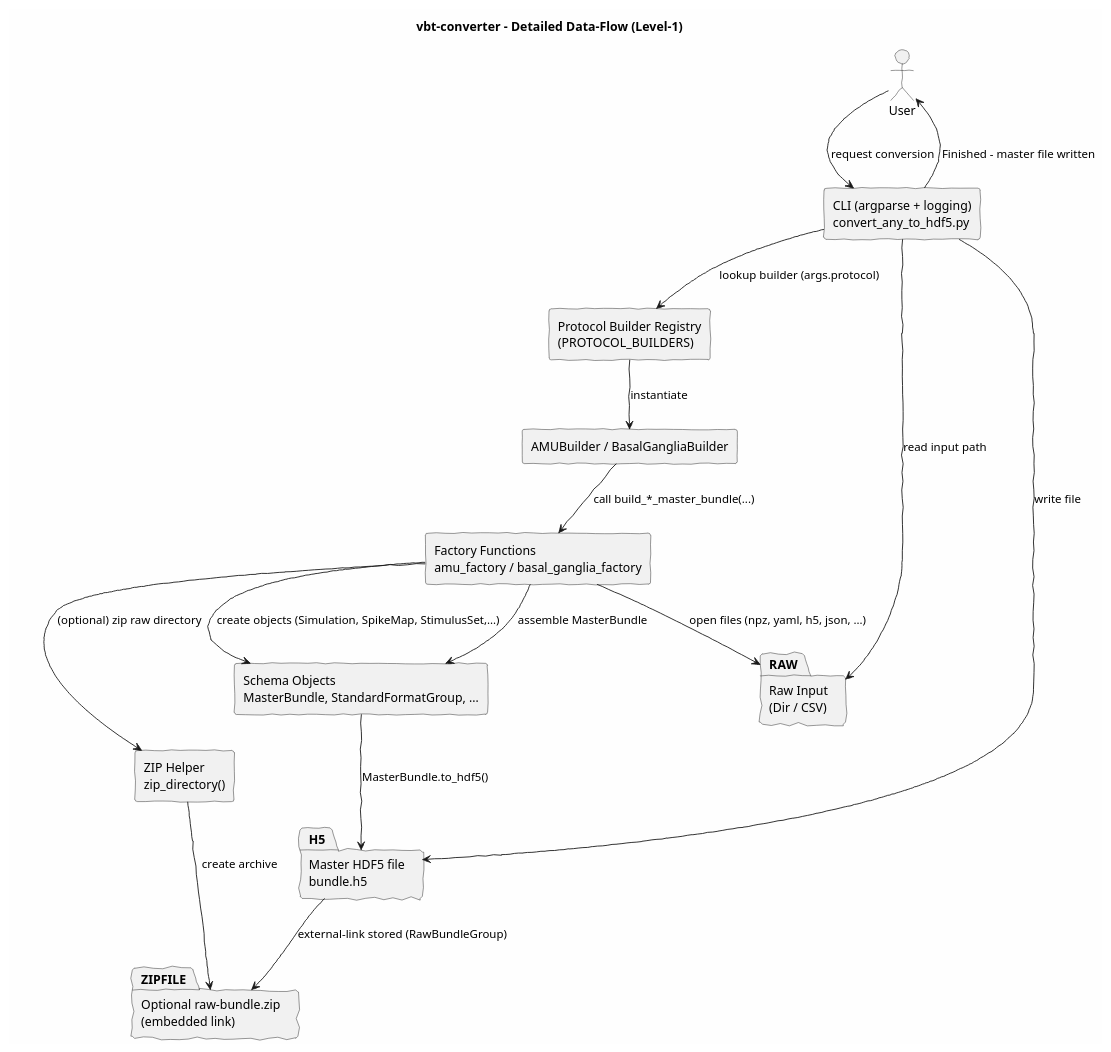
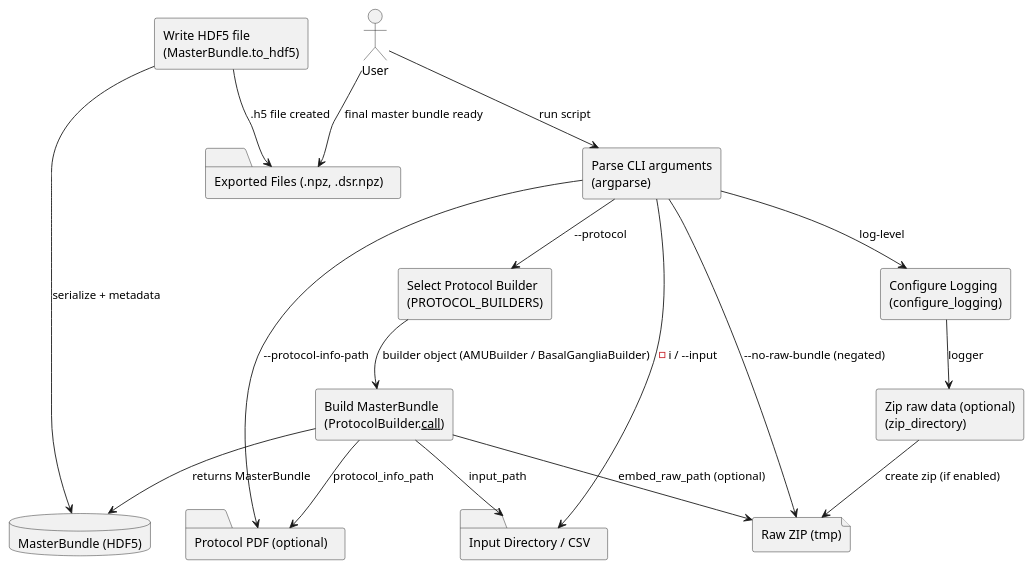
The diagram in docs/dfd_level_1.puml (virtual-brain-twins/vbt-converter), drawn with PlantUML before and after one commit. The commit also changed 14 other files, not shown here.

Commit message:
docs: updated the uml diagrams as per the latest changes in schema

```diff
--- a/docs/dfd_level_1.puml
+++ b/docs/dfd_level_1.puml
@@ -1,49 +1,41 @@
-@startuml
-' -------------------------------------------------
-' Styling (optional)
-skinparam backgroundColor #FEFEFE
-skinparam handwritten true
-
-' -------------------------------------------------
-' Title
-title vbt-converter - Detailed Data‑Flow (Level‑1)
-
-' -------------------------------------------------
-' Actors
+@startuml dfd_level_1
+' ==== Actors ====
 actor User
 
-' -------------------------------------------------
-' Main blocks (using the native element names)
-rectangle "CLI (argparse + logging)\nconvert_any_to_hdf5.py" as CLI
-rectangle "Protocol Builder Registry\n(PROTOCOL_BUILDERS)" as REG
-rectangle "AMUBuilder / BasalGangliaBuilder" as BUILDER
-rectangle "Factory Functions\namu_factory / basal_ganglia_factory" as FACTORY
-rectangle "Schema Objects\nMasterBundle, StandardFormatGroup, …" as SCHEMA
-rectangle "ZIP Helper\nzip_directory()" as ZIP
+' ==== Data Stores ====
+folder "Input Directory / CSV" as IN_DIR
+folder "Protocol PDF (optional)" as PROTO_PDF
+file "Raw ZIP (tmp)" as RAW_ZIP
+database "MasterBundle (HDF5)" as H5_BUNDLE
+folder "Exported Files (.npz, .dsr.npz)" as OUT_FILES
 
-' -------------------------------------------------
-' Data stores (using 'package' which looks like a folder)
-package "Raw Input\n(Dir / CSV)" as RAW
-package "Master HDF5 file\nbundle.h5" as H5
-package "Optional raw‑bundle.zip\n(embedded link)" as ZIPFILE
+' ==== Processes (inside convert_any_to_hdf5) ====
+rectangle "Parse CLI arguments\n(argparse)" as PARSE_ARGS
+rectangle "Configure Logging\n(configure_logging)" as LOG_CFG
+rectangle "Zip raw data (optional)\n(zip_directory)" as ZIP_RAW
+rectangle "Select Protocol Builder\n(PROTOCOL_BUILDERS)" as SELECT_BUILDER
+rectangle "Build MasterBundle\n(ProtocolBuilder.__call__)" as BUILD_BUNDLE
+rectangle "Write HDF5 file\n(MasterBundle.to_hdf5)" as WRITE_H5
 
-' -------------------------------------------------
-' Data‑flow arrows
-User   --> CLI      : request conversion
-CLI    --> RAW      : read input path
-CLI    --> REG      : lookup builder (args.protocol)
-REG    --> BUILDER  : instantiate
-BUILDER --> FACTORY : call build_*_master_bundle(...)
-FACTORY --> RAW     : open files (npz, yaml, h5, json, …)
-FACTORY --> SCHEMA  : create objects (Simulation, SpikeMap, StimulusSet,…)
-FACTORY --> ZIP     : (optional) zip raw directory
-ZIP    --> ZIPFILE  : create archive
-FACTORY --> SCHEMA  : assemble MasterBundle
+' ==== Data Flows ====
+User --> PARSE_ARGS : run script
+PARSE_ARGS --> LOG_CFG : log‑level
+PARSE_ARGS --> IN_DIR : -i / --input
+PARSE_ARGS --> PROTO_PDF : --protocol‑info‑path
+PARSE_ARGS --> RAW_ZIP : --no‑raw‑bundle (negated)
+PARSE_ARGS --> SELECT_BUILDER : --protocol
 
-SCHEMA --> H5       : MasterBundle.to_hdf5()
-H5     --> ZIPFILE  : external‑link stored (RawBundleGroup)
+LOG_CFG --> ZIP_RAW : logger
+ZIP_RAW --> RAW_ZIP : create zip (if enabled)
 
-CLI    --> H5       : write file
-CLI    --> User     : "Finished – master file written"
+SELECT_BUILDER --> BUILD_BUNDLE : builder object (AMUBuilder / BasalGangliaBuilder)
+BUILD_BUNDLE --> IN_DIR : input_path
+BUILD_BUNDLE --> RAW_ZIP : embed_raw_path (optional)
+BUILD_BUNDLE --> PROTO_PDF : protocol_info_path
+BUILD_BUNDLE --> H5_BUNDLE : returns MasterBundle
 
+WRITE_H5 --> H5_BUNDLE : serialize + metadata
+WRITE_H5 --> OUT_FILES : .h5 file created
+
+User --> OUT_FILES : final master bundle ready
 @enduml
```
